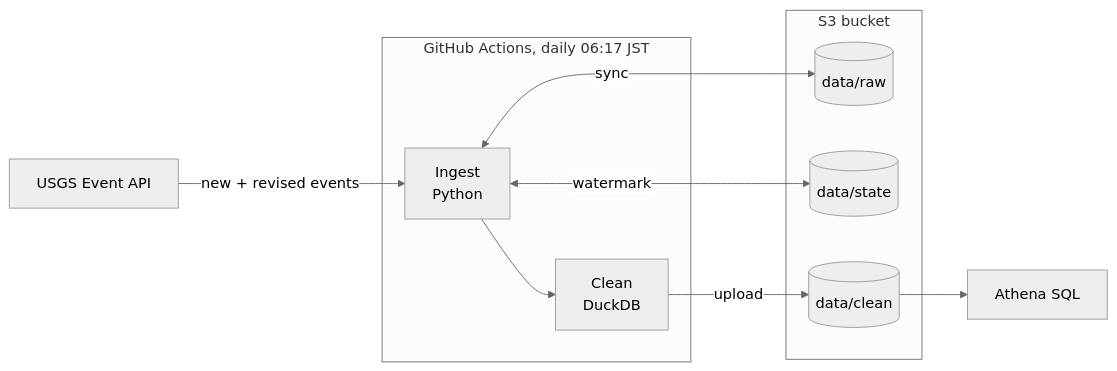
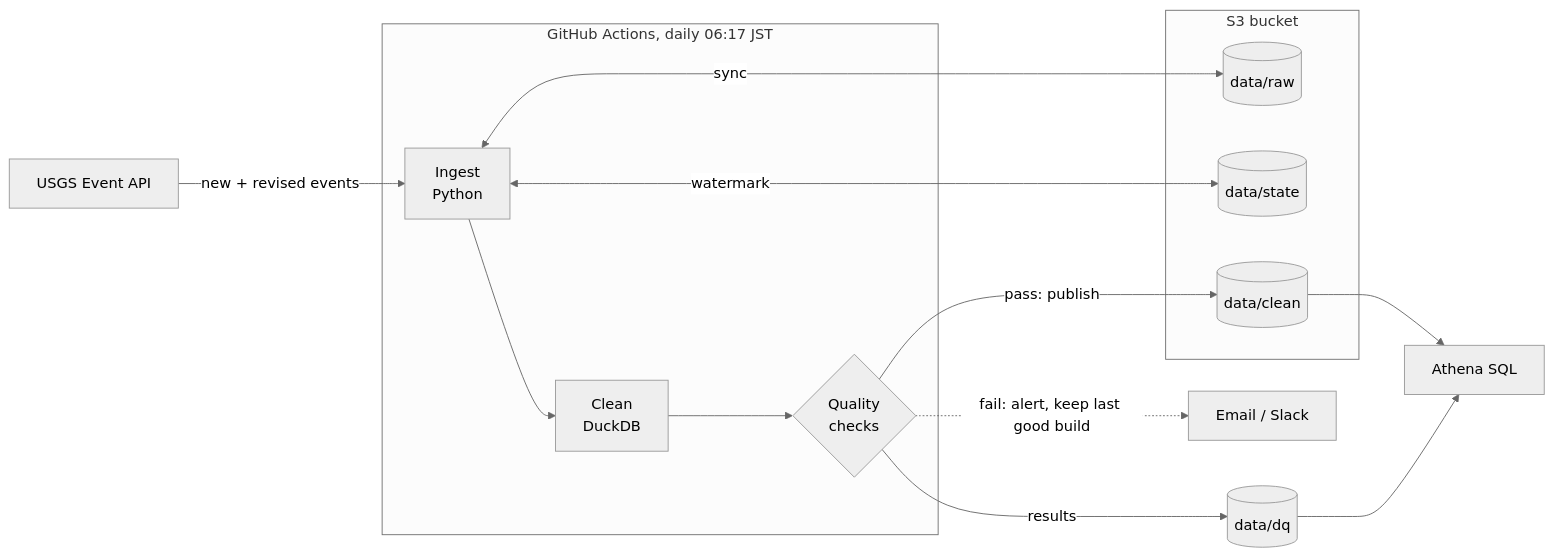
One commit to grbohanec/quake-pipeline changed the diagram in README.md. Above: the diagram before and after it, drawn with Mermaid (neutral theme). The commit also changed other lines of this file and 8 other files, not shown here.

First line of the commit message:
Add data quality checks that gate publishing, plus failure alerts

````diff
--- a/README.md
+++ b/README.md
@@ -12,19 +12,22 @@
 ```mermaid
 flowchart LR
     usgs[USGS Event API] -->|new + revised events| ingest
 
     subgraph gha [GitHub Actions, daily 06:17 JST]
-        ingest[Ingest<br/>Python] --> clean[Clean<br/>DuckDB]
+        ingest[Ingest<br/>Python] --> clean[Clean<br/>DuckDB] --> dq{Quality<br/>checks}
     end
 
     subgraph s3 [S3 bucket]
         raw[(data/raw)]
         state[(data/state)]
         cleaned[(data/clean)]
     end
 
     ingest <-->|sync| raw
     ingest <-->|watermark| state
-    clean -->|upload| cleaned
+    dq -->|pass: publish| cleaned
+    dq -.->|fail: alert, keep last good build| alert[Email / Slack]
+    dq -->|results| dqres[(data/dq)]
     cleaned --> athena[Athena SQL]
+    dqres --> athena
 ```
````
